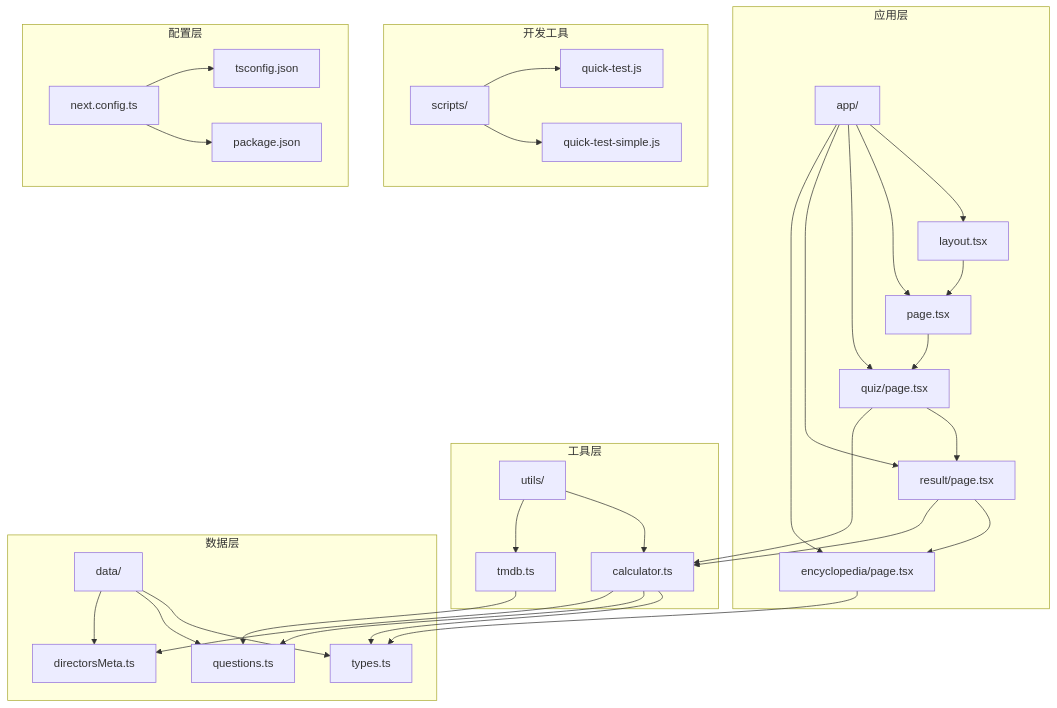
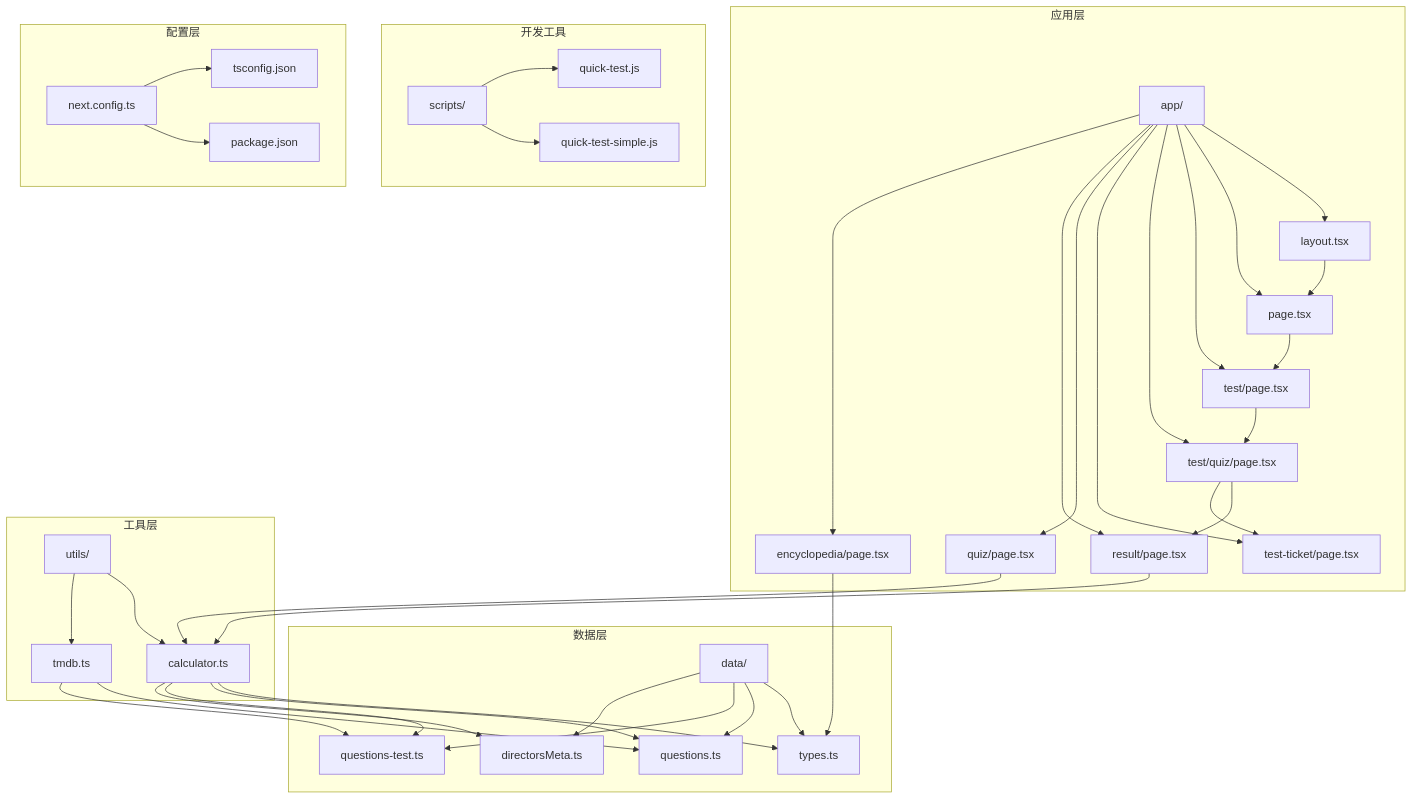
The first of 6 diagrams in .qoder/repowiki/zh/content/核心功能模块/双版本测试系统.md (Dragon0412/fbti-app), drawn with Mermaid before and after one commit. The commit also changed other lines of this file and 14 other files, not shown here.

````diff
--- a/.qoder/repowiki/zh/content/核心功能模块/双版本测试系统.md
+++ b/.qoder/repowiki/zh/content/核心功能模块/双版本测试系统.md
@@ -57,39 +65,46 @@
 ```mermaid
 graph TB
 subgraph "应用层"
 A[app/] --> A1[layout.tsx]
 A --> A2[page.tsx]
-A --> A3[quiz/page.tsx]
-A --> A4[result/page.tsx]
-A --> A5[encyclopedia/page.tsx]
+A --> A3[test/page.tsx]
+A --> A4[test/quiz/page.tsx]
+A --> A5[test-ticket/page.tsx]
+A --> A6[quiz/page.tsx]
+A --> A7[result/page.tsx]
+A --> A8[encyclopedia/page.tsx]
 end
 subgraph "工具层"
 B[utils/] --> B1[calculator.ts]
 B --> B2[tmdb.ts]
 end
 subgraph "数据层"
 C[data/] --> C1[types.ts]
 C --> C2[questions.ts]
-C --> C3[directorsMeta.ts]
+C --> C3[questions-test.ts]
+C --> C4[directorsMeta.ts]
 end
 subgraph "开发工具"
 D[scripts/] --> D1[quick-test.js]
 D --> D2[quick-test-simple.js]
 end
 subgraph "配置层"
 E[next.config.ts]
 E --> E1[tsconfig.json]
 E --> E2[package.json]
 end
 A1 --> A2
 A2 --> A3
 A3 --> A4
+A4 --> A7
 A4 --> A5
-A3 --> B1
-A4 --> B1
-A5 --> C1
+A6 --> B1
+A7 --> B1
+A8 --> C1
 B1 --> C1
 B1 --> C2
 B1 --> C3
+B1 --> C4
 B2 --> C2
+B2 --> C3
 ```
````
